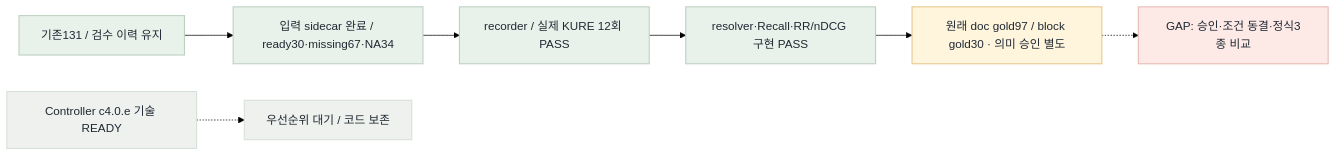
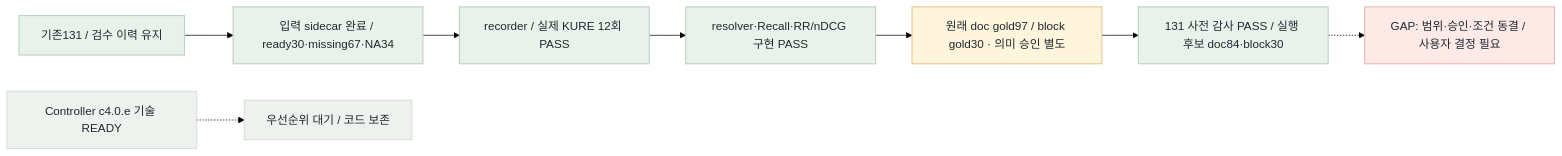
One commit to KongSeok/sprint-public-procurement-rag-assistant changed the diagram in fivecircles/work/2026-09-05-search-first-relay-current-flow.mmd. Above: the diagram before and after it, drawn with Mermaid (forest theme). The commit also changed 12 other files, not shown here.

```diff
--- a/fivecircles/work/2026-09-05-search-first-relay-current-flow.mmd
+++ b/fivecircles/work/2026-09-05-search-first-relay-current-flow.mmd
@@ -1,15 +1,16 @@
 flowchart LR
   A["기존131 / 검수 이력 유지"] --> B["입력 sidecar 완료 / ready30·missing67·NA34"]
   B --> C["recorder / 실제 KURE 12회 PASS"]
   C --> D["resolver·Recall·RR/nDCG 구현 PASS"]
   D --> H["원래 doc gold97 / block gold30 · 의미 승인 별도"]
-  H -.-> E["GAP: 승인·조건 동결·정식3종 비교"]
+  H --> I["131 사전 감사 PASS / 실행 후보 doc84·block30"]
+  I -.-> E["GAP: 범위·승인·조건 동결 / 사용자 결정 필요"]
   F["Controller c4.0.e 기술 READY"] -.-> G["우선순위 대기 / 코드 보존"]
   classDef green fill:#e8f2ea,stroke:#bdd1c2,color:#1f2933,stroke-width:1.5px
   classDef red fill:#fde9e6,stroke:#e8bab5,color:#1f2933,stroke-width:1.5px
   classDef gray fill:#eef1ed,stroke:#d8e0da,color:#1f2933,stroke-width:1.5px
   classDef amber fill:#fff4dc,stroke:#e7c88f,color:#1f2933,stroke-width:1.5px
-  class A,B,C,D green
+  class A,B,C,D,I green
   class H amber
   class E red
   class F,G gray
```
